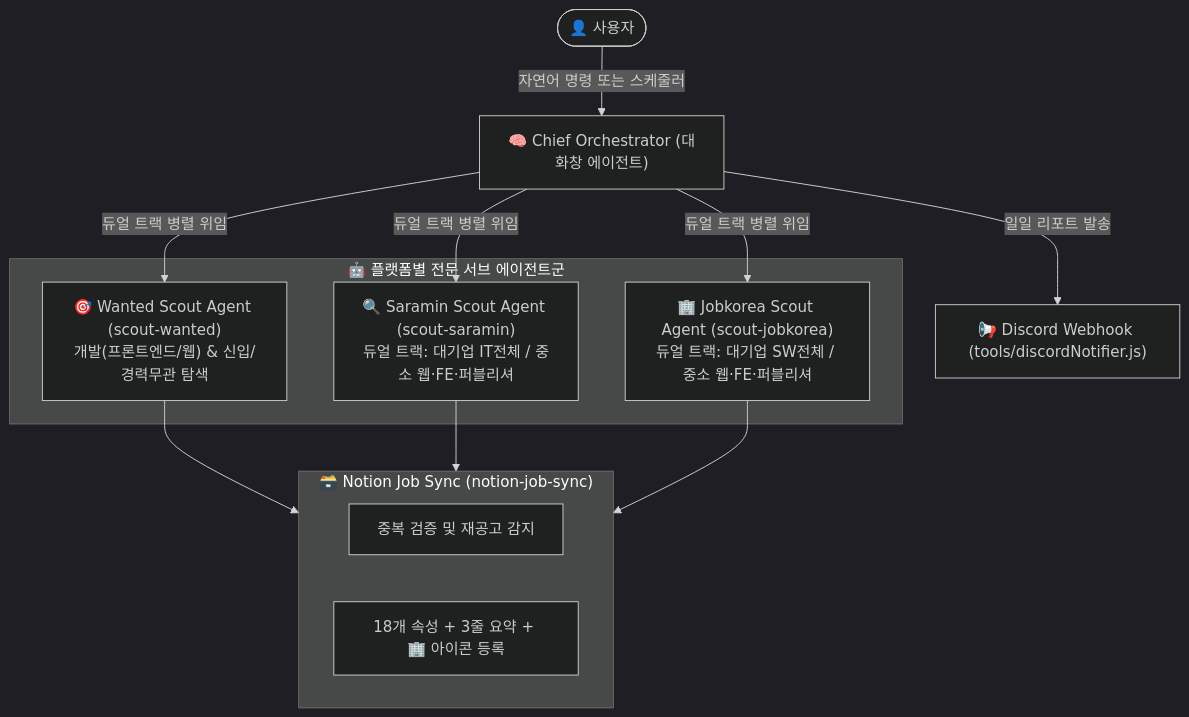
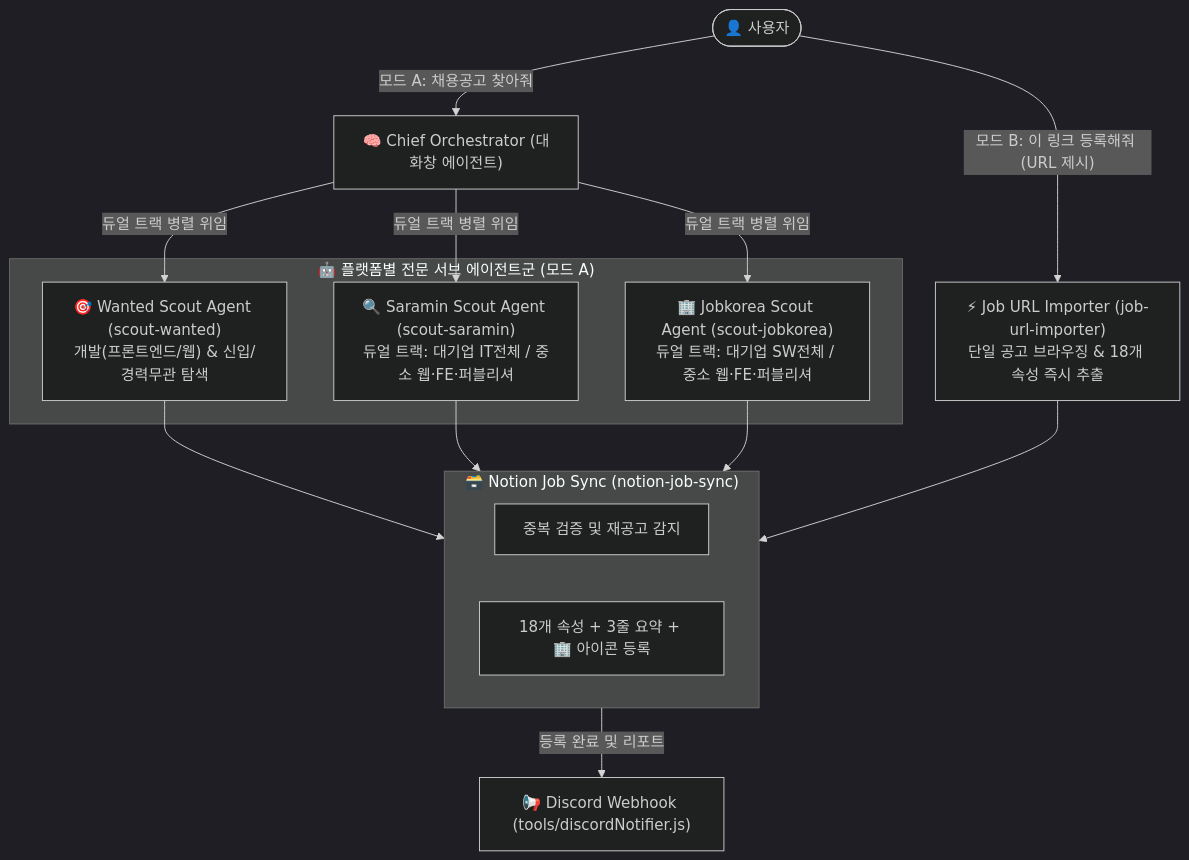
Before and after one commit to YeonShin/job-scraping-multi-agent: the diagram in AGENTS.md, drawn with Mermaid (dark theme). The commit also changed other lines of this file and 2 other files, not shown here.

````diff
--- a/AGENTS.md
+++ b/AGENTS.md
@@ -16,25 +20,27 @@
 ```mermaid
 flowchart TD
-    User([👤 사용자]) -->|자연어 명령 또는 스케줄러| Orchestrator["🧠 Chief Orchestrator (대화창 에이전트)"]
+    User([👤 사용자]) -->|"모드 A: 채용공고 찾아줘"| Orchestrator["🧠 Chief Orchestrator (대화창 에이전트)"]
+    User -->|"모드 B: 이 링크 등록해줘 (URL 제시)"| SingleImporter["⚡ Job URL Importer (job-url-importer)<br/>단일 공고 브라우징 & 18개 속성 즉시 추출"]
 
-    subgraph SubAgents ["🤖 플랫폼별 전문 서브 에이전트군"]
+    subgraph SubAgents ["🤖 플랫폼별 전문 서브 에이전트군 (모드 A)"]
         WantedAgent["🎯 Wanted Scout Agent (scout-wanted)<br/>개발(프론트엔드/웹) & 신입/경력무관 탐색"]
         SaraminAgent["🔍 Saramin Scout Agent (scout-saramin)<br/>듀얼 트랙: 대기업 IT전체 / 중소 웹·FE·퍼블리셔"]
         JobkoreaAgent["🏢 Jobkorea Scout Agent (scout-jobkorea)<br/>듀얼 트랙: 대기업 SW전체 / 중소 웹·FE·퍼블리셔"]
     end
 
     subgraph NotionSkill ["🗃️ Notion Job Sync (notion-job-sync)"]
         Dedupe["중복 검증 및 재공고 감지"]
         Publish["18개 속성 + 3줄 요약 + 🏢 아이콘 등록"]
     end
 
     Orchestrator -->|"듀얼 트랙 병렬 위임"| WantedAgent
     Orchestrator -->|"듀얼 트랙 병렬 위임"| SaraminAgent
     Orchestrator -->|"듀얼 트랙 병렬 위임"| JobkoreaAgent
 
     WantedAgent --> NotionSkill
     SaraminAgent --> NotionSkill
     JobkoreaAgent --> NotionSkill
+    SingleImporter --> NotionSkill
 
-    Orchestrator -->|"일일 리포트 발송"| Discord["📢 Discord Webhook (tools/discordNotifier.js)"]
+    NotionSkill -->|"등록 완료 및 리포트"| Discord["📢 Discord Webhook (tools/discordNotifier.js)"]
 ```
````
